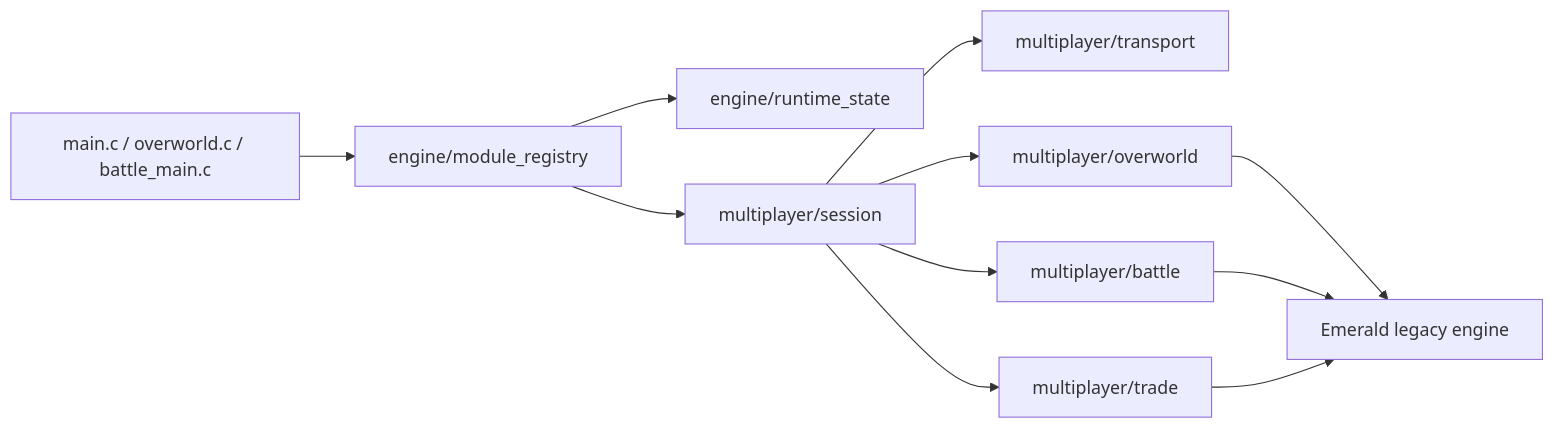
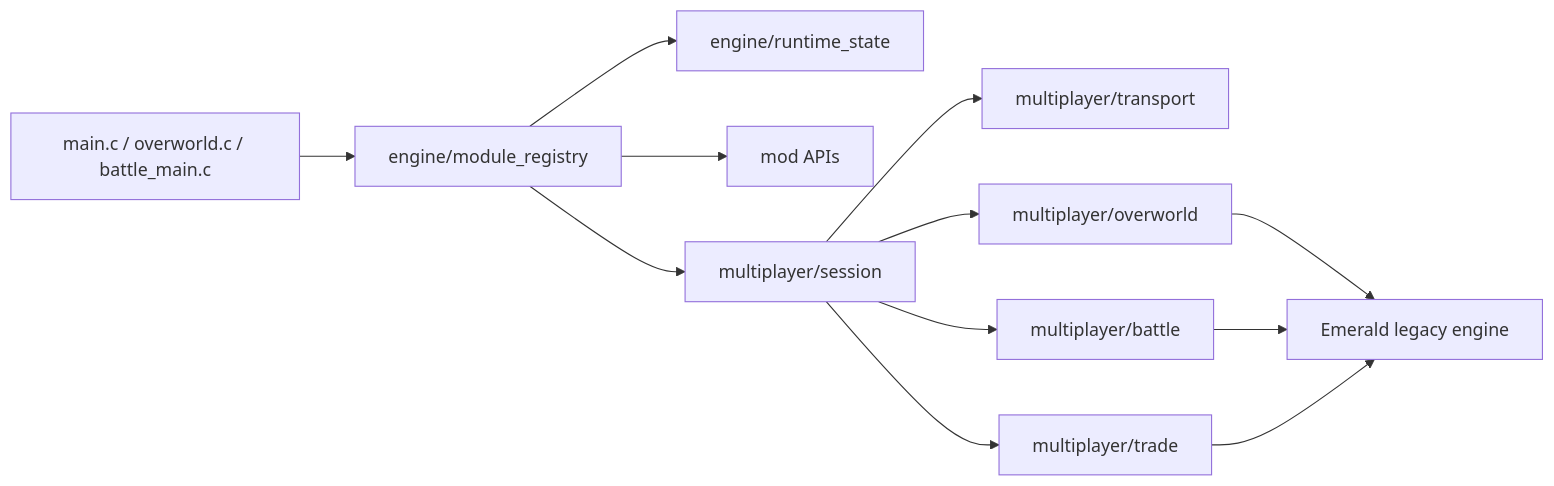
Before and after one commit to thomaspophomas/pokeemerald-rebuilt: the diagram in README.md, drawn with Mermaid. The commit also changed other lines of this file and 80 other files, not shown here.

Commit message:
Build modular multiplayer and mod APIs

````diff
--- a/README.md
+++ b/README.md
@@ -30,24 +38,26 @@
 ```mermaid
 %% last_updated: 2026-05-15
 flowchart LR
     Main["main.c / overworld.c / battle_main.c"]
     Registry["engine/module_registry"]
     Runtime["engine/runtime_state"]
+    Mods["mod APIs"]
     Session["multiplayer/session"]
     Transport["multiplayer/transport"]
     Overworld["multiplayer/overworld"]
     Battle["multiplayer/battle"]
     Trade["multiplayer/trade"]
     Legacy["Emerald legacy engine"]
 
     Main --> Registry
     Registry --> Runtime
+    Registry --> Mods
     Registry --> Session
     Session --> Transport
     Session --> Overworld
     Session --> Battle
     Session --> Trade
     Overworld --> Legacy
     Battle --> Legacy
     Trade --> Legacy
 ```
````
